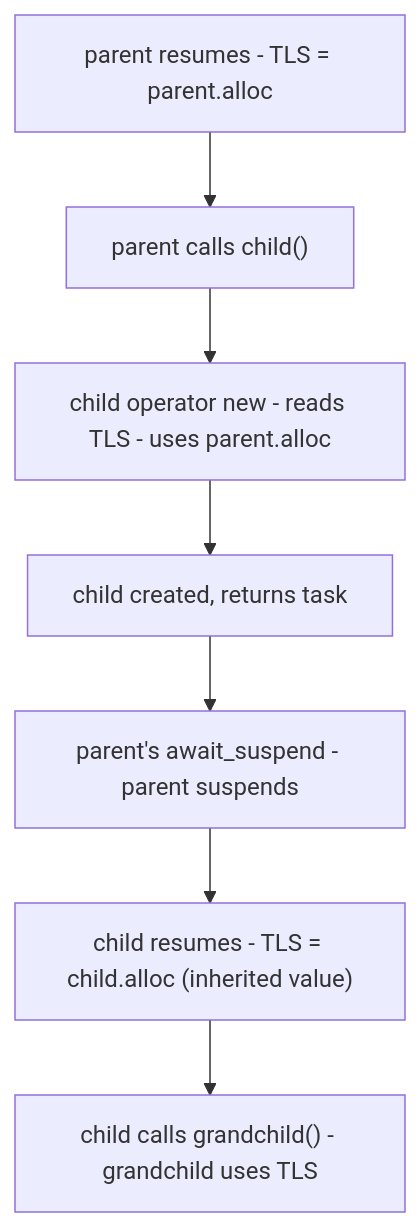
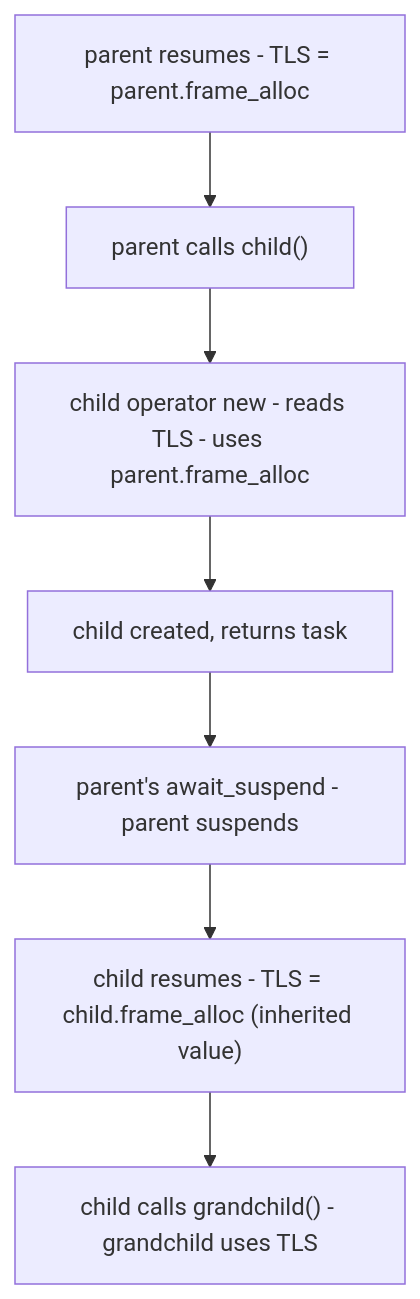
Before and after one commit to MungoG/cppa-wg21-papers: the third of 5 diagrams in source/d4003-io-awaitables.md, drawn with Mermaid. The commit also changed other lines of this file, not shown here.

Commit message:
Its frame allocator

````diff
--- a/source/d4003-io-awaitables.md
+++ b/source/d4003-io-awaitables.md
@@ -887,10 +891,10 @@
 ```mermaid
 flowchart TD
-    A["parent resumes - TLS = parent.alloc"]
+    A["parent resumes - TLS = parent.frame_alloc"]
     --> B["parent calls child()"]
-    --> C["child operator new - reads TLS - uses parent.alloc"]
+    --> C["child operator new - reads TLS - uses parent.frame_alloc"]
     --> D["child created, returns task"]
     --> E["parent's await_suspend - parent suspends"]
-    --> F["child resumes - TLS = child.alloc (inherited value)"]
+    --> F["child resumes - TLS = child.frame_alloc (inherited value)"]
     --> G["child calls grandchild() - grandchild uses TLS"]
 ```
````
